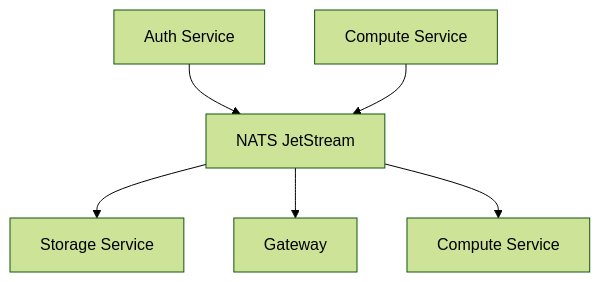
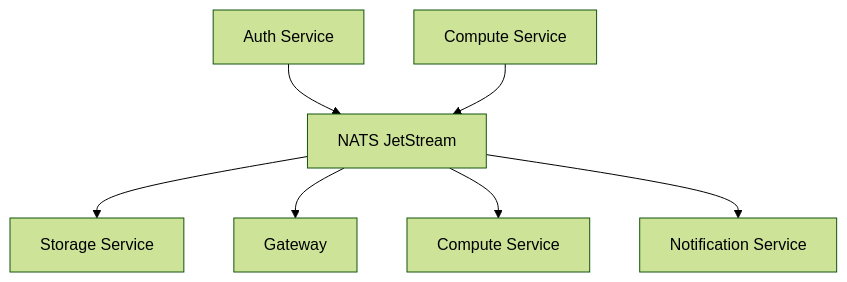
One commit to EddisonSo/cloud changed the second of 2 diagrams in edd-cloud-docs/docs/architecture.md. Above: the diagram before and after it, drawn with Mermaid (forest theme). The commit also changed other lines of this file and 2 other files, not shown here.

Commit message:
docs(notifications): document notification service architecture and API

````diff
--- a/edd-cloud-docs/docs/architecture.md
+++ b/edd-cloud-docs/docs/architecture.md
@@ -205,9 +211,10 @@
 ```mermaid
 flowchart TB
     Auth[Auth Service] --> NATS[NATS JetStream]
     Compute[Compute Service] --> NATS
 
     NATS --> SFS[Storage Service]
     NATS --> Gateway[Gateway]
     NATS --> Compute2[Compute Service]
+    NATS --> Notif[Notification Service]
 ```
````
